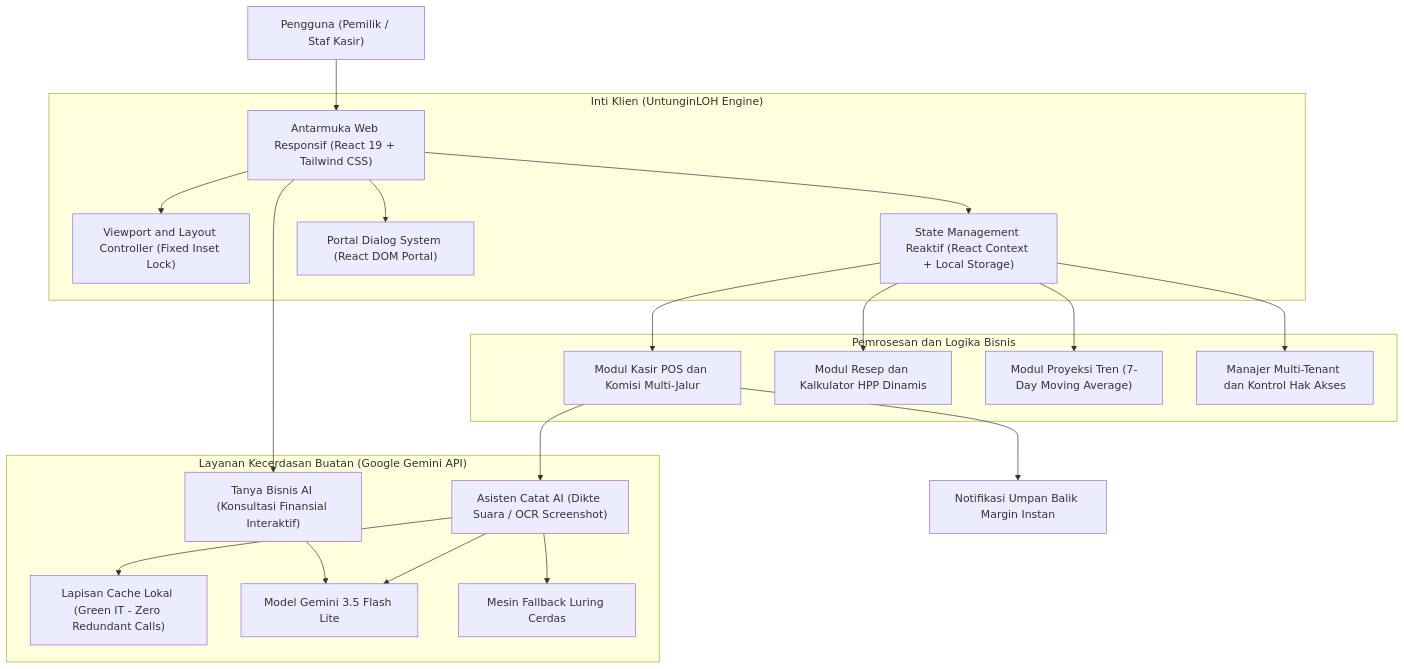
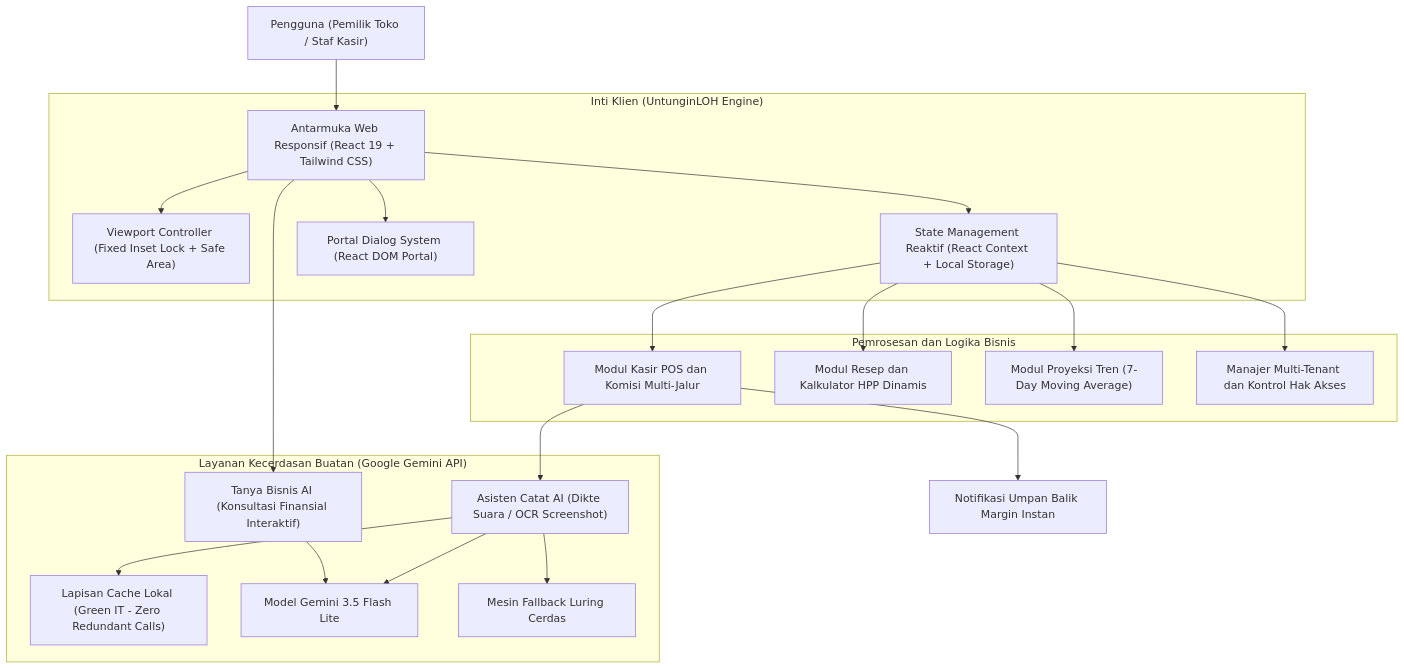
The diagram in DOKUMEN_TEKNIS.md (MuhammadHabibna/untunginloh), drawn with Mermaid before and after one commit. The commit also changed other lines of this file, not shown here.

````diff
--- a/DOKUMEN_TEKNIS.md
+++ b/DOKUMEN_TEKNIS.md
@@ -32,28 +45,28 @@
 ```mermaid
 flowchart TD
-    User["Pengguna (Pemilik / Staf Kasir)"] --> ClientUI["Antarmuka Web Responsif (React 19 + Tailwind CSS)"]
+    User["Pengguna (Pemilik Toko / Staf Kasir)"] --> ClientUI["Antarmuka Web Responsif (React 19 + Tailwind CSS)"]
     
     subgraph Client_Core ["Inti Klien (UntunginLOH Engine)"]
-        ClientUI --> ViewportManager["Viewport and Layout Controller (Fixed Inset Lock)"]
+        ClientUI --> ViewportManager["Viewport Controller (Fixed Inset Lock + Safe Area)"]
         ClientUI --> ReactiveStore["State Management Reaktif (React Context + Local Storage)"]
         ClientUI --> PortalModal["Portal Dialog System (React DOM Portal)"]
     end
     
     subgraph Business_Logic ["Pemrosesan dan Logika Bisnis"]
         ReactiveStore --> POSModule["Modul Kasir POS dan Komisi Multi-Jalur"]
         ReactiveStore --> BOMModule["Modul Resep dan Kalkulator HPP Dinamis"]
         ReactiveStore --> ForecastModule["Modul Proyeksi Tren (7-Day Moving Average)"]
         ReactiveStore --> TenantManager["Manajer Multi-Tenant dan Kontrol Hak Akses"]
     end
     
     subgraph AI_Engine ["Layanan Kecerdasan Buatan (Google Gemini API)"]
         POSModule --> AIAssistant["Asisten Catat AI (Dikte Suara / OCR Screenshot)"]
         AIAssistant --> CacheLayer["Lapisan Cache Lokal (Green IT - Zero Redundant Calls)"]
         AIAssistant --> LLMModel["Model Gemini 3.5 Flash Lite"]
         AIAssistant --> FallbackEngine["Mesin Fallback Luring Cerdas"]
         ClientUI --> AIConsultant["Tanya Bisnis AI (Konsultasi Finansial Interaktif)"]
         AIConsultant --> LLMModel
     end
     
     POSModule --> InstantAlert["Notifikasi Umpan Balik Margin Instan"]
 ```
````
